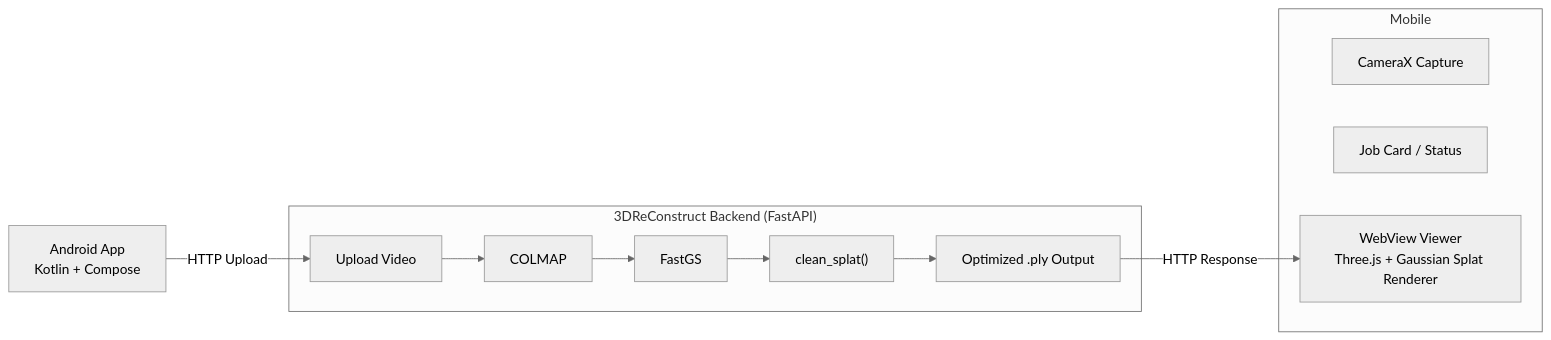
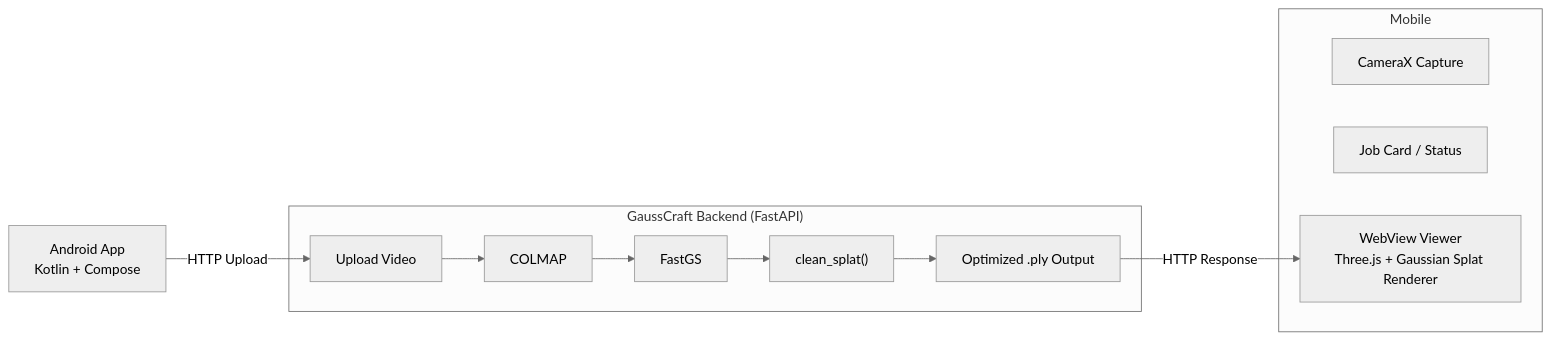
One commit to adityandandia/SplatStudioApp changed the diagram in README.md. Above: the diagram before and after it, drawn with Mermaid (neutral theme). The commit also changed other lines of this file, not shown here.

Commit message:
Update README to reference GaussCraft backend

````diff
--- a/README.md
+++ b/README.md
@@ -63,26 +63,26 @@
 ```mermaid
 flowchart LR
 
 A["Android App<br/>Kotlin + Compose"]
 
 subgraph Mobile
 A1["CameraX Capture"]
 A2["Job Card / Status"]
 A3["WebView Viewer<br/>Three.js + Gaussian Splat Renderer"]
 end
 
-subgraph Backend["3DReConstruct Backend (FastAPI)"]
+subgraph Backend["GaussCraft Backend (FastAPI)"]
 B1["Upload Video"]
 B2["COLMAP"]
 B3["FastGS"]
 B4["clean_splat()"]
 B5["Optimized .ply Output"]
 end
 
 A -->|HTTP Upload| B1
 B1 --> B2
 B2 --> B3
 B3 --> B4
 B4 --> B5
 B5 -->|HTTP Response| A3
 ```
````
